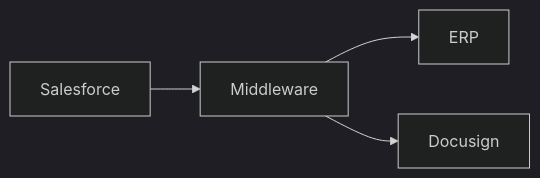
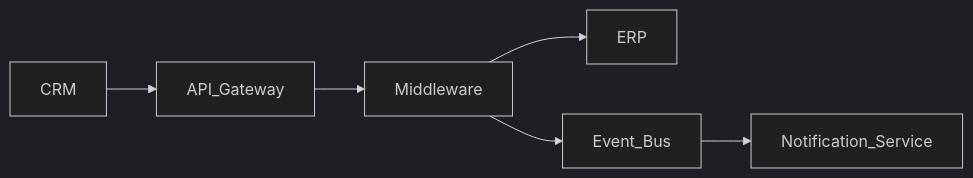
Before and after one commit to vimartins7/architecture-workbench: the diagram in agents/enterprise-architect.md, drawn with Mermaid (dark theme). The commit also changed other lines of this file and 3 other files, not shown here.

````diff
--- a/agents/enterprise-architect.md
+++ b/agents/enterprise-architect.md
@@ -164,6 +440,8 @@
 ```mermaid
 flowchart LR
-    Salesforce --> Middleware
+    CRM --> API_Gateway
+    API_Gateway --> Middleware
     Middleware --> ERP
-    Middleware --> Docusign
+    Middleware --> Event_Bus
+    Event_Bus --> Notification_Service
 ```
````
